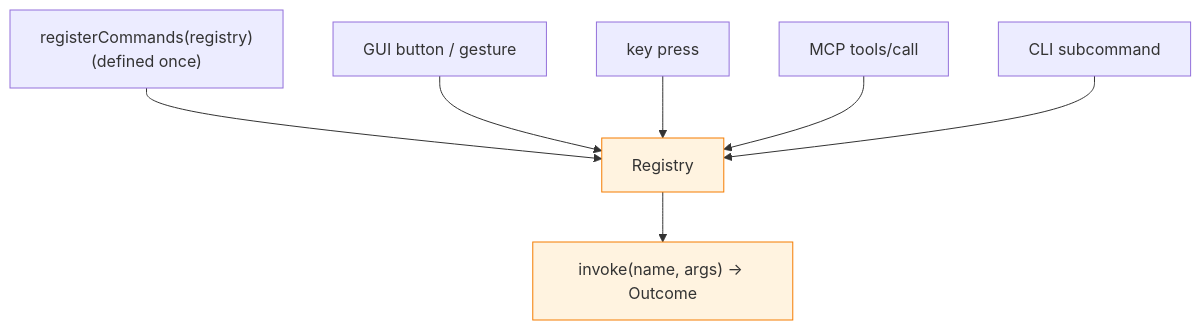
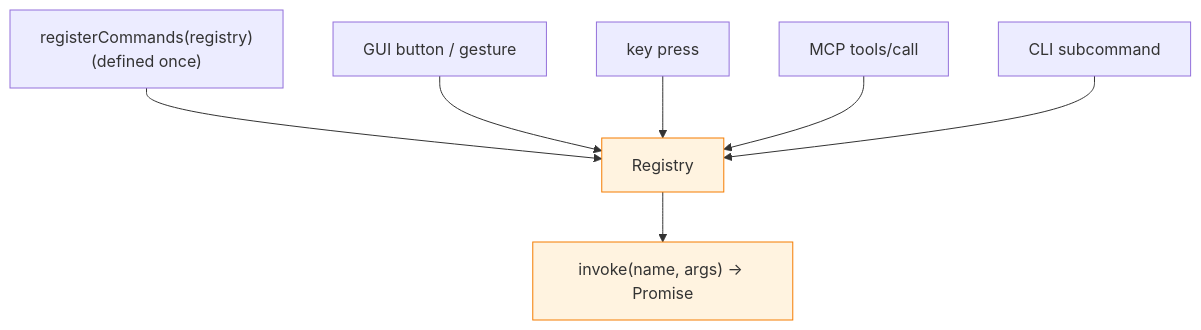
The second of 2 diagrams in docs/architecture.md (ufo-soft/caelus), drawn with Mermaid before and after one commit. The commit also changed other lines of this file and 3 other files, not shown here.

First line of the commit message:
Make Registry.invoke async (#5)

````diff
--- a/docs/architecture.md
+++ b/docs/architecture.md
@@ -74,14 +74,14 @@
 ```mermaid
 graph TD
     reg["registerCommands(registry)<br/>(defined once)"] --> registry["Registry"]
 
     gui["GUI button / gesture"] --> registry
     key["key press"] --> registry
     tool["MCP tools/call"] --> registry
     sub["CLI subcommand"] --> registry
 
-    registry --> invoke["invoke(name, args) → Outcome"]
+    registry --> invoke["invoke(name, args) → Promise<Outcome>"]
 
     classDef hub fill:#fff3e0,stroke:#f57c00;
     class registry,invoke hub;
 ```
````
